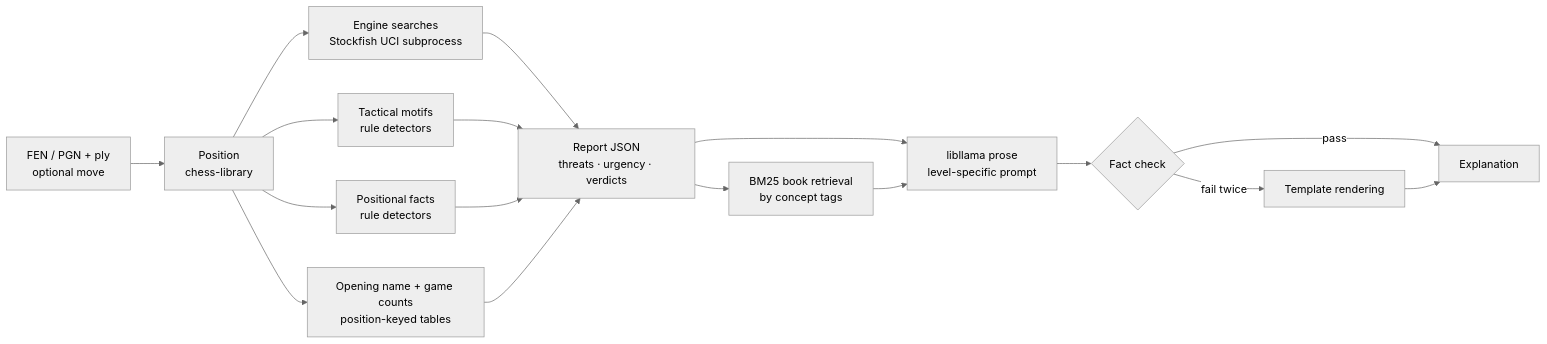
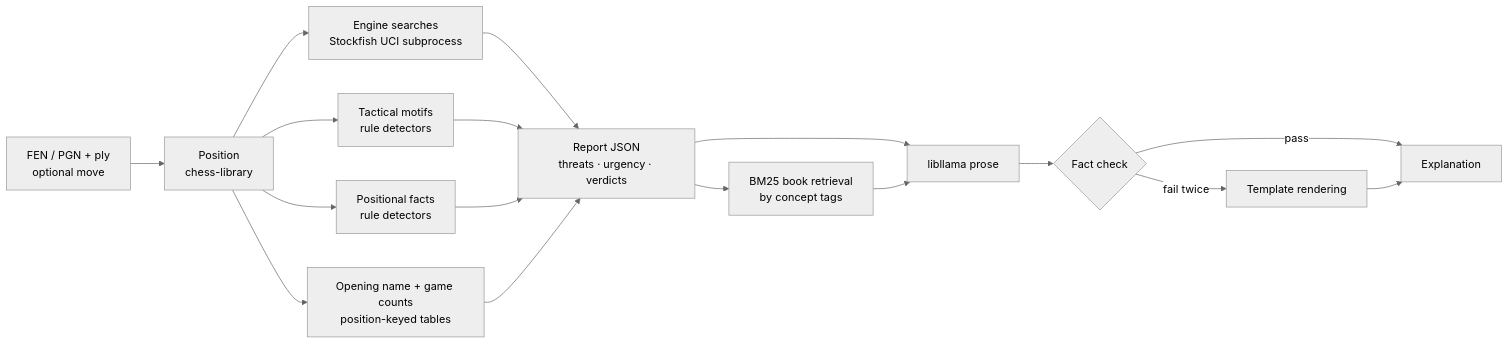
Before and after one commit to aurja/ChessWhy: the diagram in Planning/PROJECT_VISION.md, drawn with Mermaid (neutral theme). The commit also changed other lines of this file and 5 other files, not shown here.

````diff
--- a/Planning/PROJECT_VISION.md
+++ b/Planning/PROJECT_VISION.md
@@ -81,18 +85,18 @@
 ```mermaid
 flowchart LR
   IN[FEN / PGN + ply<br/>optional move] --> POS[Position<br/>chess-library]
   POS --> ENG[Engine searches<br/>Stockfish UCI subprocess]
   POS --> TAC[Tactical motifs<br/>rule detectors]
   POS --> STR[Positional facts<br/>rule detectors]
   POS --> OPN[Opening name + game counts<br/>position-keyed tables]
   ENG --> REP[Report JSON<br/>threats · urgency · verdicts]
   TAC --> REP
   STR --> REP
   OPN --> REP
   REP --> RET[BM25 book retrieval<br/>by concept tags]
-  REP --> LLM[libllama prose<br/>level-specific prompt]
+  REP --> LLM[libllama prose]
   RET --> LLM
   LLM --> FC{Fact check}
   FC -- pass --> OUT[Explanation]
   FC -- fail twice --> TPL[Template rendering] --> OUT
 ```
````
